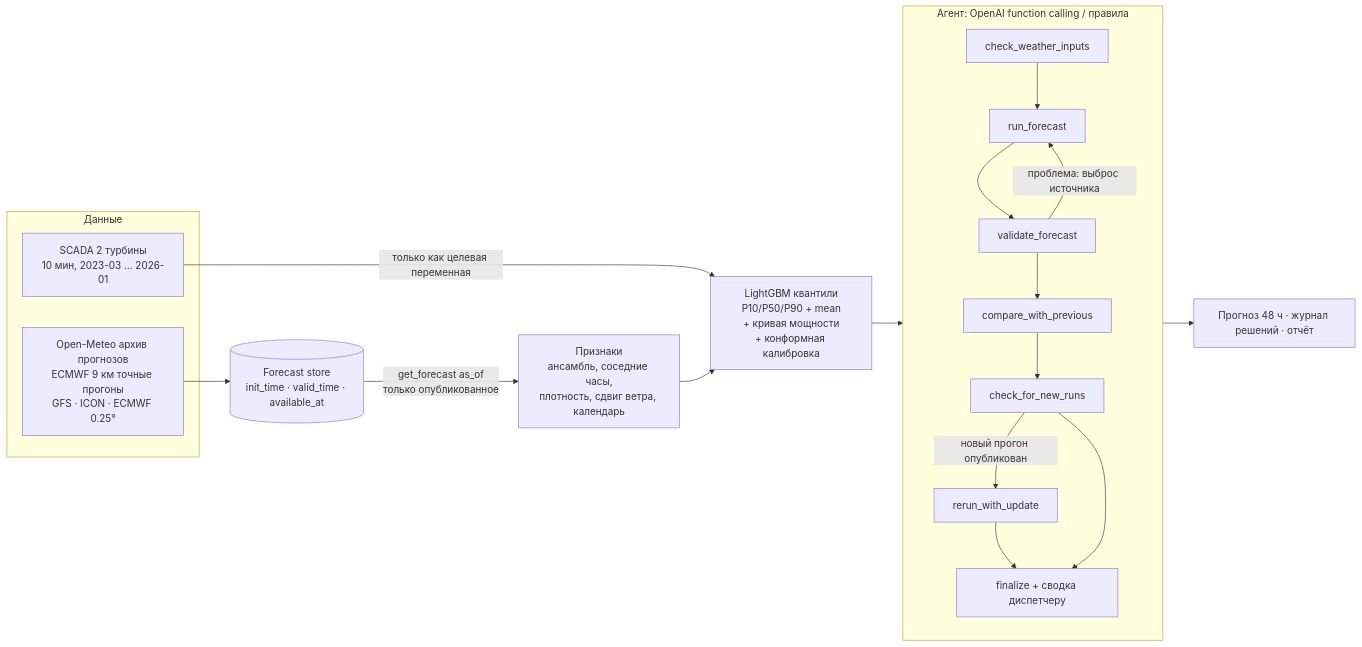
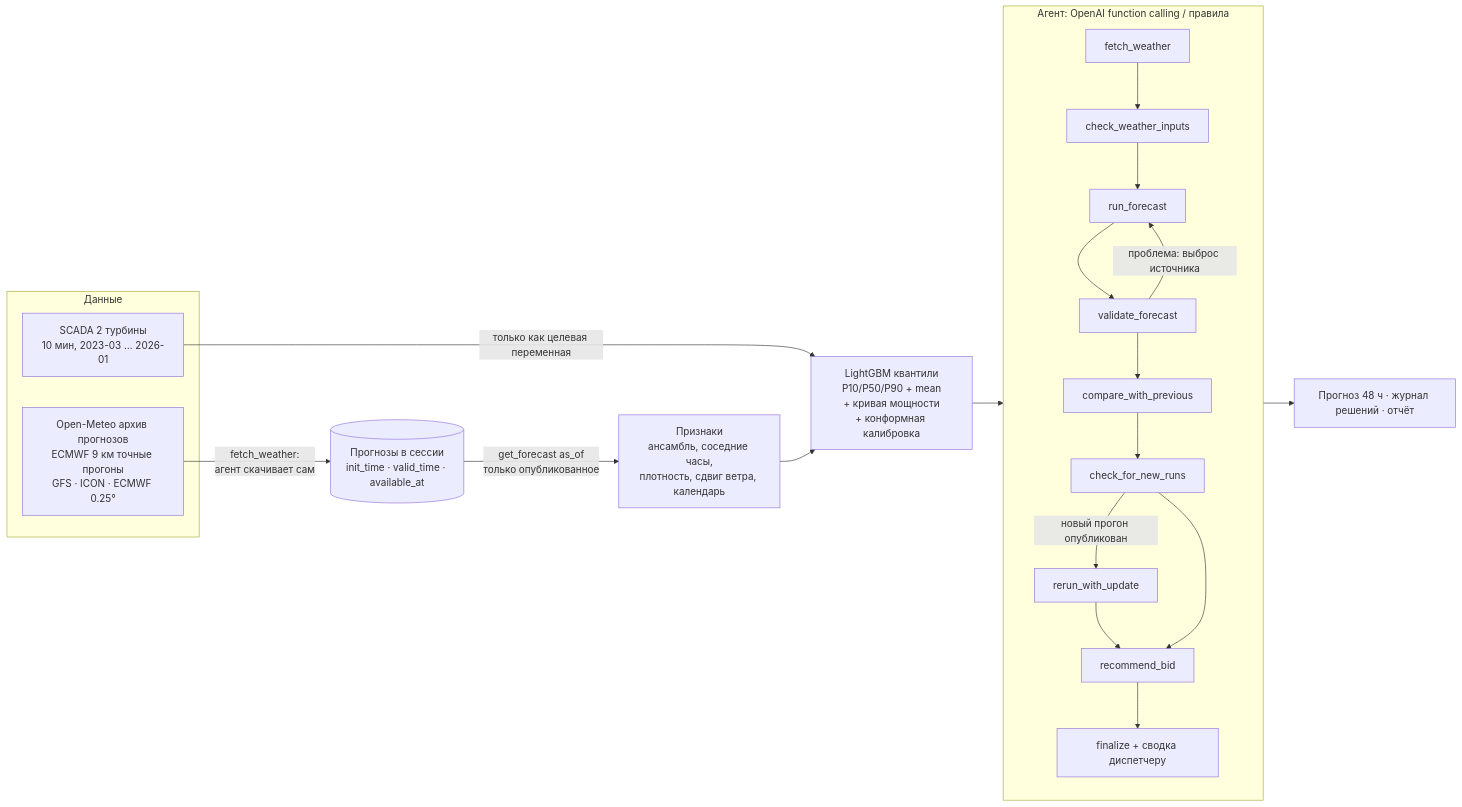
Before and after one commit to BAITC-Hacks/hack-ee3eb0d0-gjigi: the diagram in README.md, drawn with Mermaid. The commit also changed other lines of this file and 13 other files, not shown here.

````diff
--- a/README.md
+++ b/README.md
@@ -22,22 +22,23 @@
 ```mermaid
 flowchart LR
     subgraph Data["Данные"]
         S[SCADA 2 турбины<br/>10 мин, 2023-03 … 2026-01]
         W[Open-Meteo архив прогнозов<br/>ECMWF 9 км точные прогоны<br/>GFS · ICON · ECMWF 0.25°]
     end
-    W --> ST[(Forecast store<br/>init_time · valid_time · available_at)]
+    W -->|fetch_weather:<br/>агент скачивает сам| ST[(Прогнозы в сессии<br/>init_time · valid_time · available_at)]
     ST -->|get_forecast as_of<br/>только опубликованное| F[Признаки<br/>ансамбль, соседние часы,<br/>плотность, сдвиг ветра, календарь]
     S -->|только как целевая переменная| M
     F --> M[LightGBM квантили<br/>P10/P50/P90 + mean<br/>+ кривая мощности<br/>+ конформная калибровка]
     M --> A
     subgraph A["Агент: OpenAI function calling / правила"]
         direction TB
-        a1[check_weather_inputs] --> a2[run_forecast] --> a3[validate_forecast]
+        a0[fetch_weather] --> a1[check_weather_inputs] --> a2[run_forecast] --> a3[validate_forecast]
         a3 --> a4[compare_with_previous] --> a5[check_for_new_runs]
         a5 -->|новый прогон опубликован| a6[rerun_with_update]
         a3 -->|проблема: выброс источника| a2
-        a6 --> a7[finalize + сводка диспетчеру]
-        a5 --> a7
+        a6 --> ab[recommend_bid]
+        a5 --> ab
+        ab --> a7[finalize + сводка диспетчеру]
     end
     A --> O[Прогноз 48 ч · журнал решений · отчёт]
 ```
````
